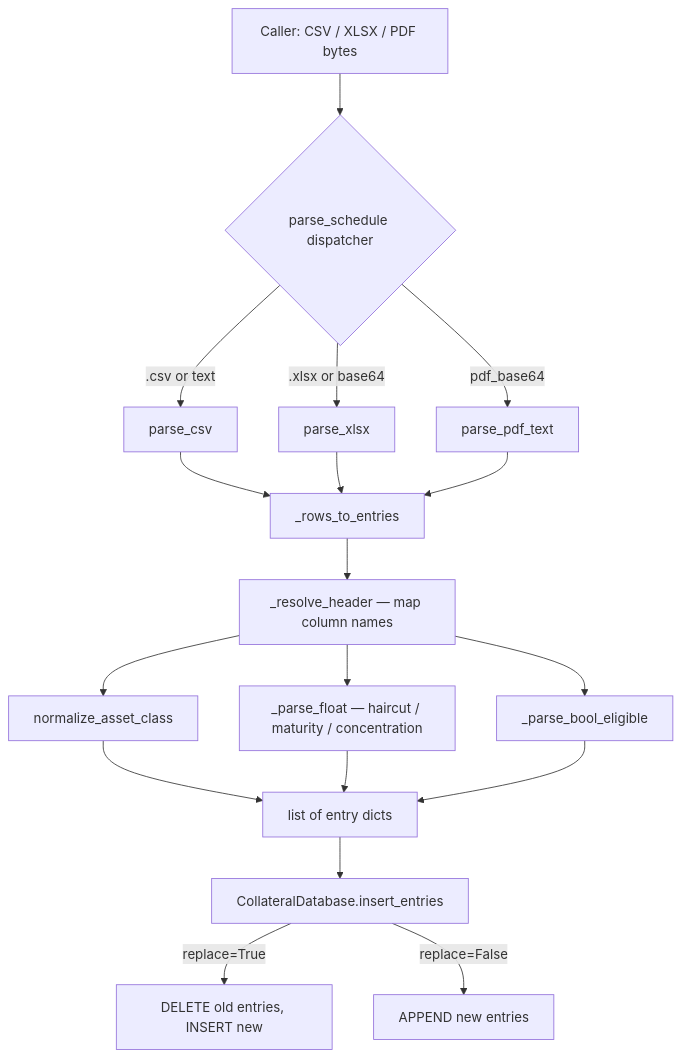
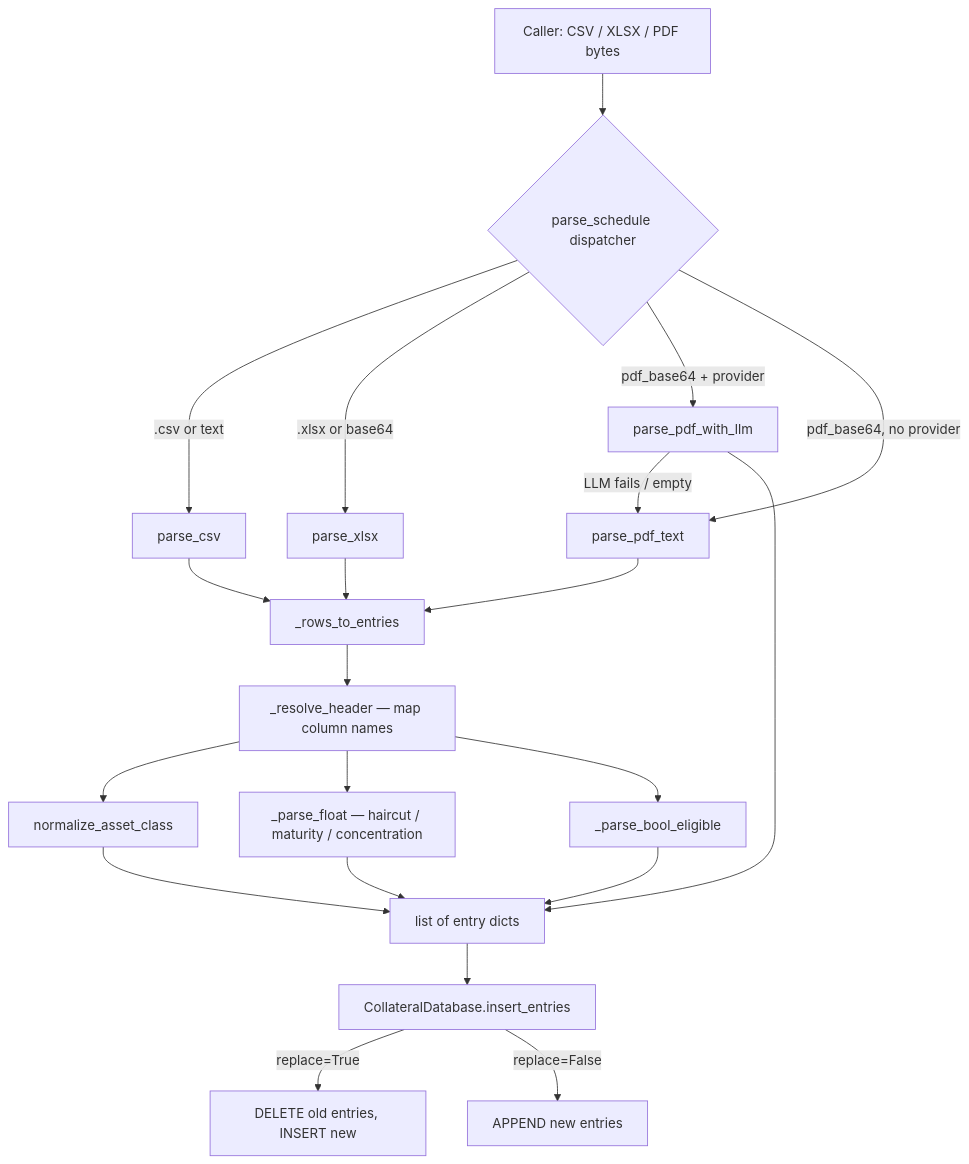
The second of 2 diagrams in docs/features/CollateralSchedule_Handoff.md (joshualutkemuller/opt-intelligence), drawn with Mermaid before and after one commit. The commit also changed other lines of this file, not shown here.

First line of the commit message:
docs(collateral_schedule): document LLM PDF path + example documents in handoff

````diff
--- a/docs/features/CollateralSchedule_Handoff.md
+++ b/docs/features/CollateralSchedule_Handoff.md
@@ -132,18 +141,21 @@
 ```mermaid
 flowchart TD
 A[Caller: CSV / XLSX / PDF bytes] --> B{parse_schedule dispatcher}
 B -->|.csv or text| C[parse_csv]
 B -->|.xlsx or base64| D[parse_xlsx]
-B -->|pdf_base64| E[parse_pdf_text]
+B -->|pdf_base64 + provider| P[parse_pdf_with_llm]
+B -->|pdf_base64, no provider| E[parse_pdf_text]
+P -->|LLM fails / empty| E
 C --> F[_rows_to_entries]
 D --> F
 E --> F
+P --> K
 F --> G[_resolve_header — map column names]
 G --> H[normalize_asset_class]
 G --> I[_parse_float — haircut / maturity / concentration]
 G --> J[_parse_bool_eligible]
 H & I & J --> K[list of entry dicts]
 K --> L[CollateralDatabase.insert_entries]
 L -->|replace=True| M[DELETE old entries, INSERT new]
 L -->|replace=False| N[APPEND new entries]
 ```
````
